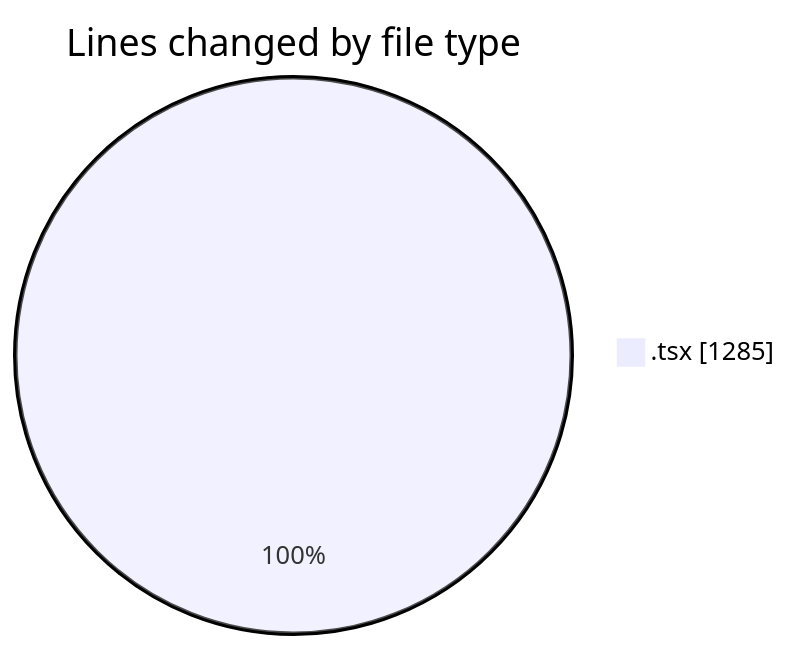
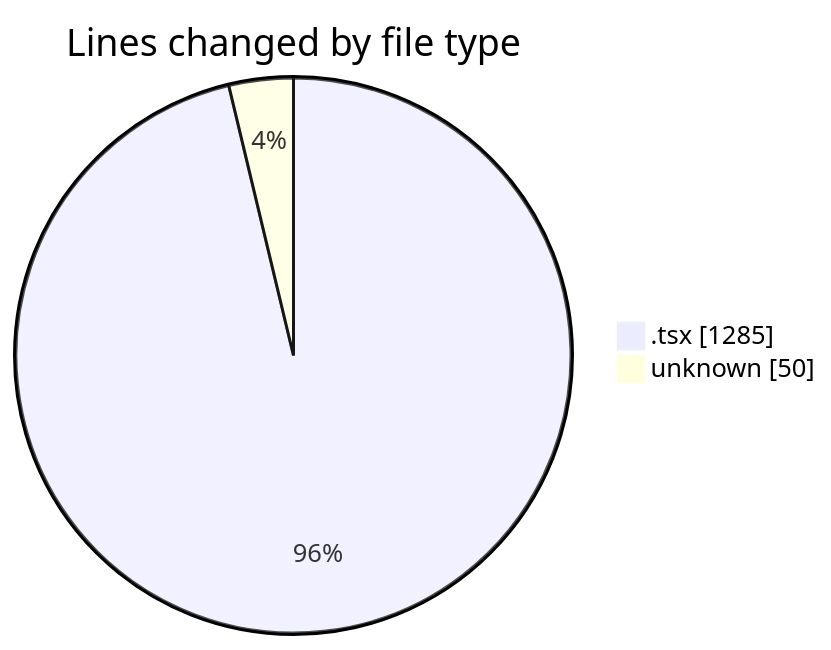
One commit to momahboobian/code-tracking changed the first of 2 diagrams in 2025-12-05/cda/README.md. Above: the diagram before and after it, drawn with Mermaid. The commit also changed other lines of this file and 1 other file, not shown here.

````diff
--- a/2025-12-05/cda/README.md
+++ b/2025-12-05/cda/README.md
@@ -25,5 +26,6 @@
 ```mermaid
 pie showData
 title Lines changed by file type
 ".tsx" : 1285
+"unknown" : 50
 ```
````
